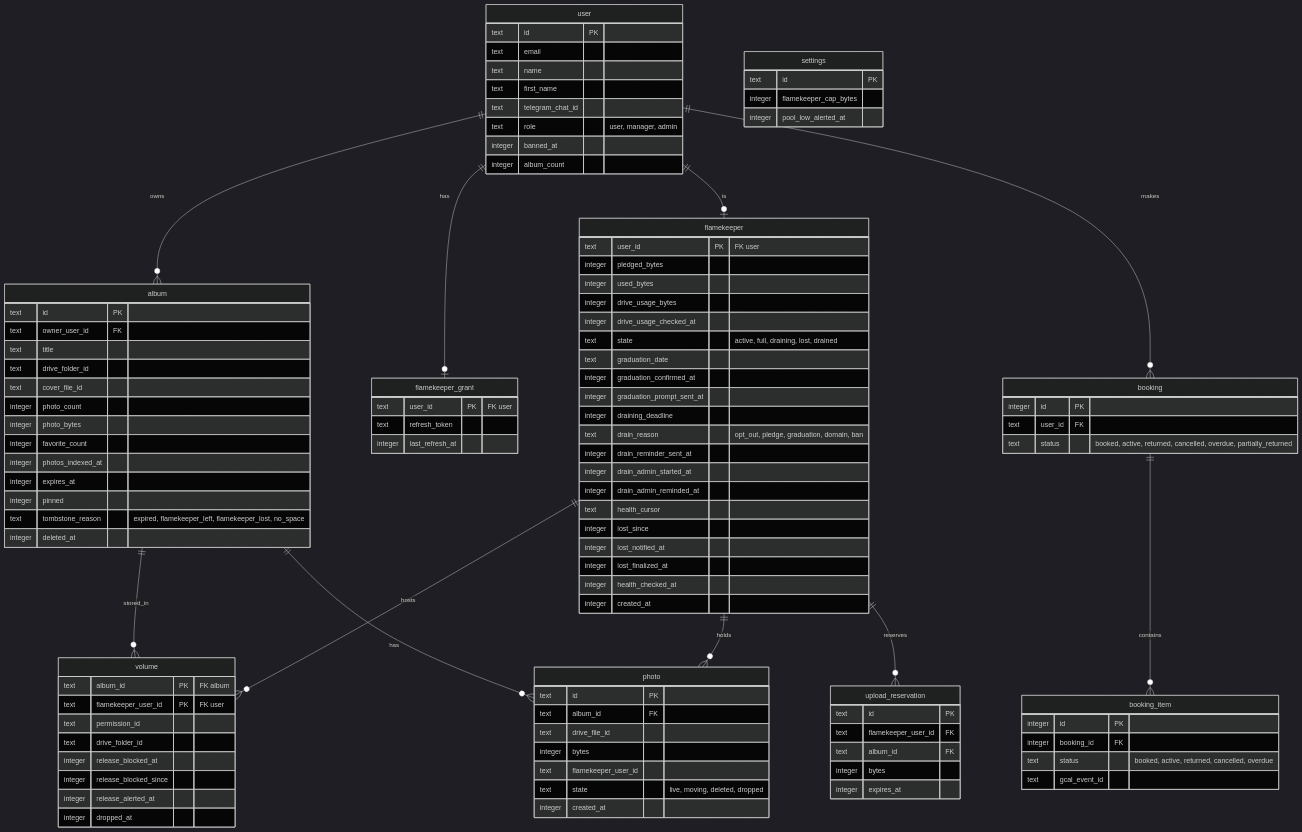
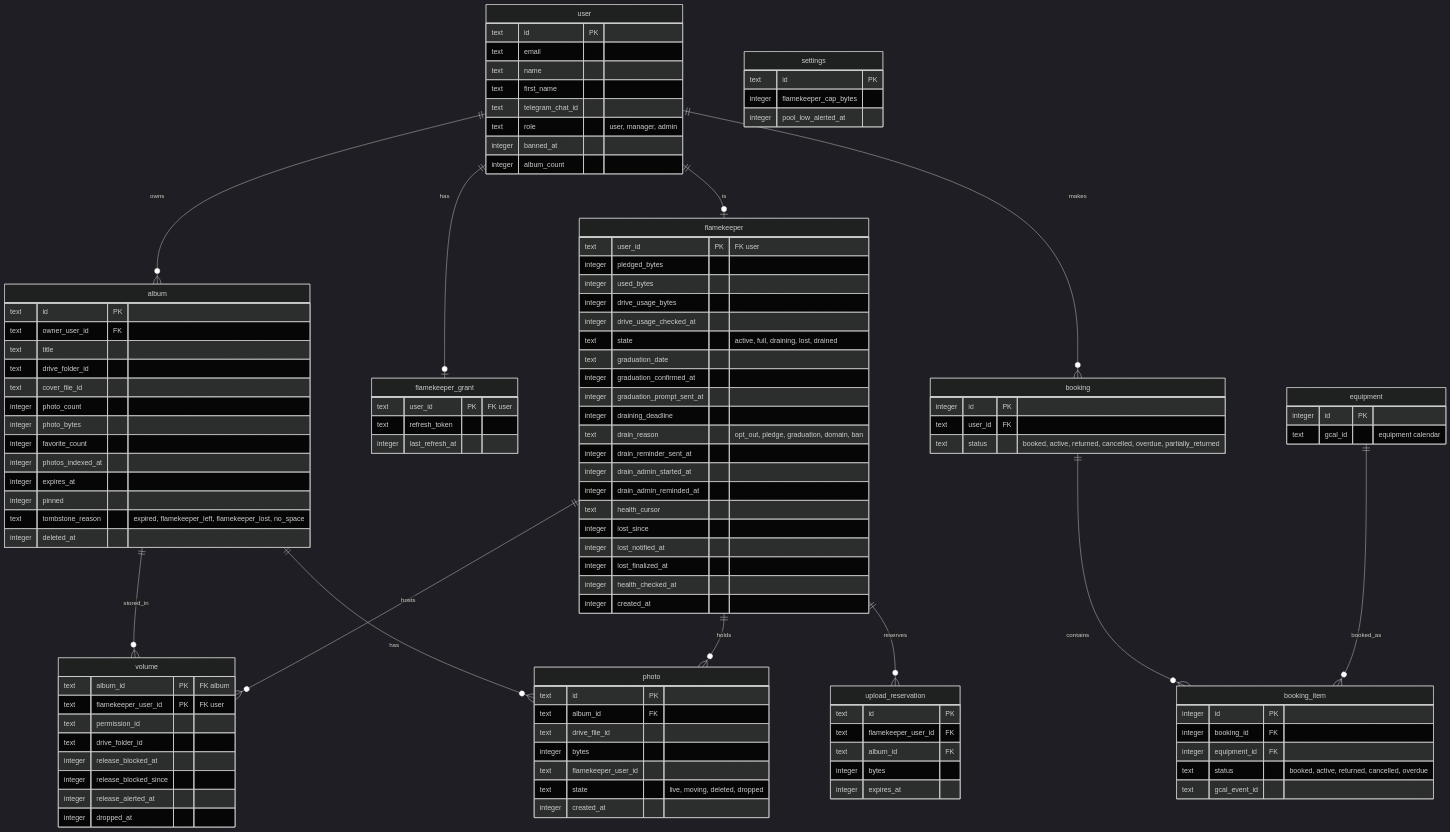
One commit to sagyzdop/meriksirat changed the diagram in docs/scenarios/cron/flamekeepers/erd.md. Above: the diagram before and after it, drawn with Mermaid (dark theme). The commit also changed other lines of this file and 10 other files, not shown here.

Commit message:
docs(scenarios): verify cron/flamekeepers diagrams against code

```diff
--- a/docs/scenarios/cron/flamekeepers/erd.md
+++ b/docs/scenarios/cron/flamekeepers/erd.md
@@ -24,6 +25,7 @@
     user ||--o{ album : owns
     user ||--o{ booking : makes
     booking ||--o{ booking_item : contains
+    equipment ||--o{ booking_item : booked_as
     album ||--o{ volume : stored_in
     flamekeeper ||--o{ volume : hosts
     album ||--o{ photo : has
@@ -118,9 +120,14 @@
         text user_id FK
         text status "booked, active, returned, cancelled, overdue, partially_returned"
     }
+    equipment {
+        integer id PK
+        text gcal_id "equipment calendar"
+    }
     booking_item {
         integer id PK
         integer booking_id FK
+        integer equipment_id FK
         text status "booked, active, returned, cancelled, overdue"
         text gcal_event_id
     }
```
